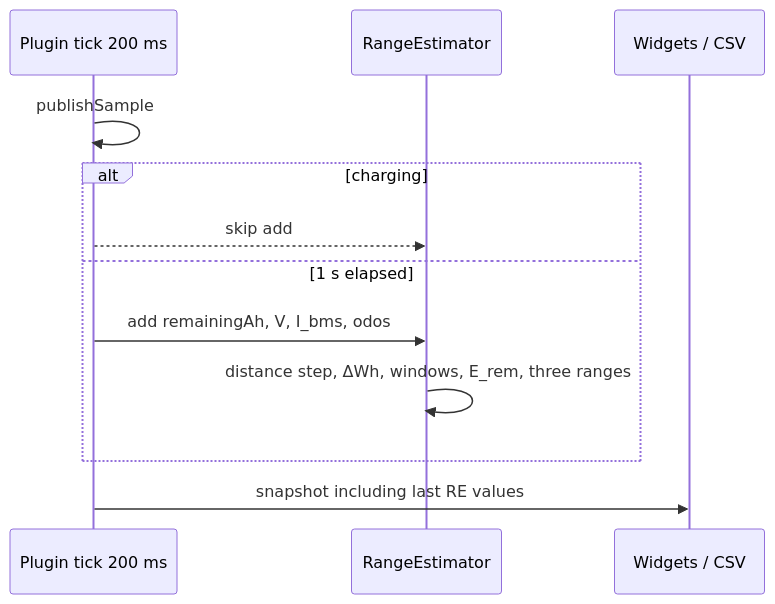
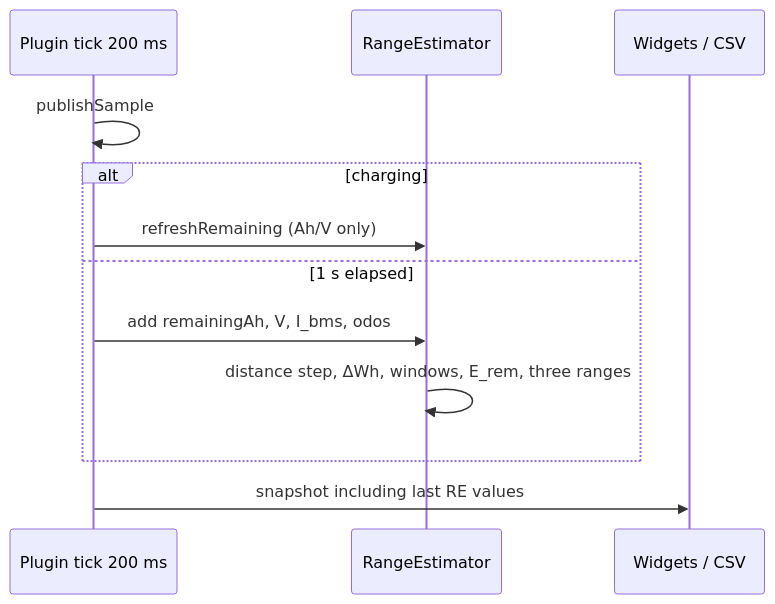
One commit to livello/OsmAnd changed the eighth of 8 diagrams in OsmAnd/src/net/osmand/plus/plugins/evbms/doc/CalculationInfo.md. Above: the diagram before and after it, drawn with Mermaid. The commit also changed other lines of this file and 15 other files, not shown here.

````diff
--- a/OsmAnd/src/net/osmand/plus/plugins/evbms/doc/CalculationInfo.md
+++ b/OsmAnd/src/net/osmand/plus/plugins/evbms/doc/CalculationInfo.md
@@ -446,14 +448,14 @@
 ```mermaid
 sequenceDiagram
   participant Tick as Plugin tick 200 ms
   participant RE as RangeEstimator
   participant UI as Widgets / CSV
   Tick->>Tick: publishSample
   alt charging
-    Tick-->>RE: skip add
+    Tick->>RE: refreshRemaining (Ah/V only)
   else 1 s elapsed
     Tick->>RE: add remainingAh, V, I_bms, odos
     RE->>RE: distance step, ΔWh, windows, E_rem, three ranges
   end
   Tick->>UI: snapshot including last RE values
 ```
````
